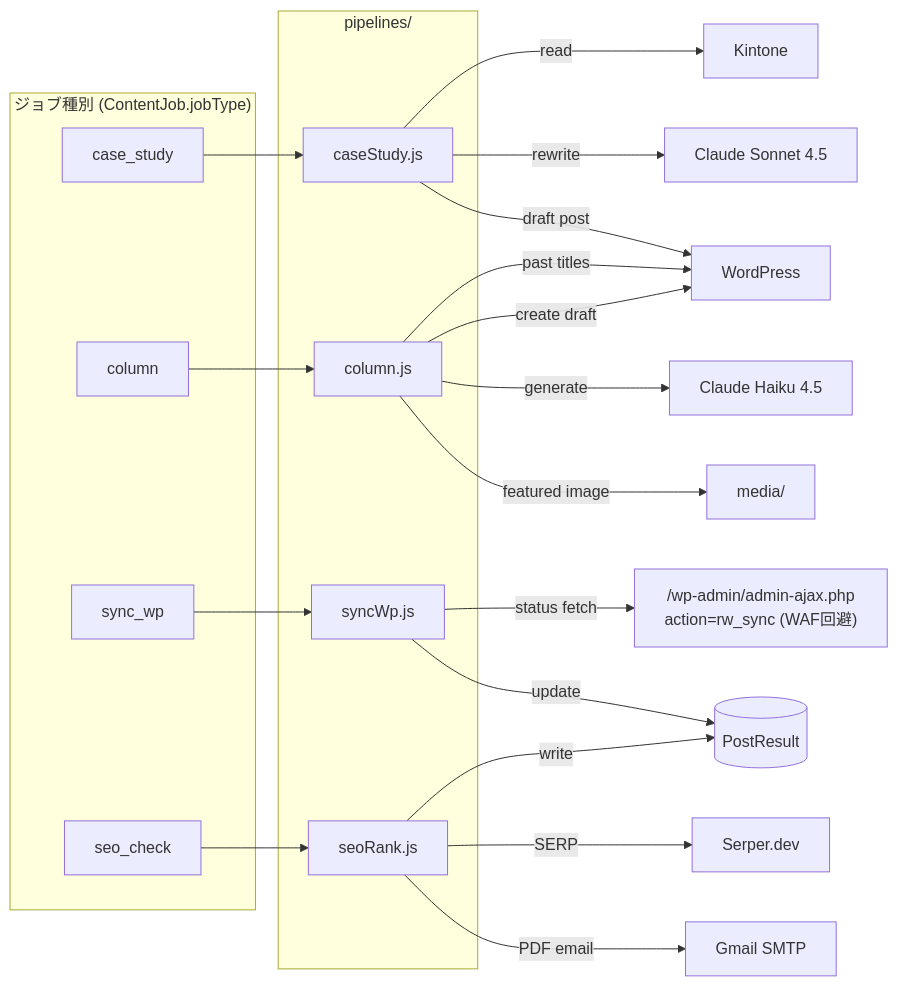
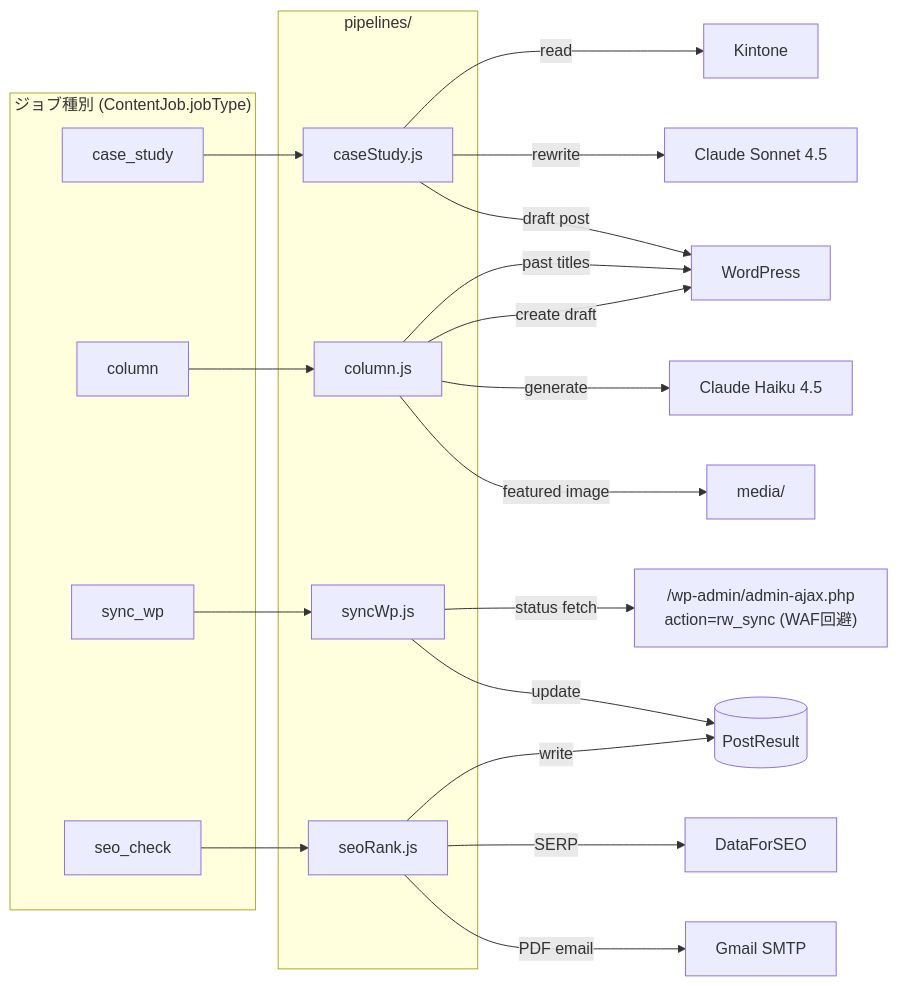
One commit to d-yamane-stack/kintone-wp-sync changed the fifth of 10 diagrams in ARCHITECTURE.md. Above: the diagram before and after it, drawn with Mermaid. The commit also changed other lines of this file and 7 other files, not shown here.

````diff
--- a/ARCHITECTURE.md
+++ b/ARCHITECTURE.md
@@ -216,37 +216,37 @@
 ```mermaid
 flowchart LR
   subgraph Jobs["ジョブ種別 (ContentJob.jobType)"]
     JT1["case_study"]
     JT2["column"]
     JT3["sync_wp"]
     JT4["seo_check"]
   end
 
   subgraph Pipelines["pipelines/"]
     P1["caseStudy.js"]
     P2["column.js"]
     P3["syncWp.js"]
     P4["seoRank.js"]
   end
 
   JT1 --> P1
   JT2 --> P2
   JT3 --> P3
   JT4 --> P4
 
   P1 -->|read| K[Kintone]
   P1 -->|rewrite| AI1[Claude Sonnet 4.5]
   P1 -->|draft post| WP[WordPress]
 
   P2 -->|past titles| WP
   P2 -->|generate| AI2[Claude Haiku 4.5]
   P2 -->|featured image| MEDIA[media/]
   P2 -->|create draft| WP
 
   P3 -->|status fetch| WPAJAX["/wp-admin/admin-ajax.php<br/>action=rw_sync (WAF回避)"]
   P3 -->|update| DB[(PostResult)]
 
-  P4 -->|SERP| SR[Serper.dev]
+  P4 -->|SERP| SR[DataForSEO]
   P4 -->|write| DB
   P4 -->|PDF email| MAIL[Gmail SMTP]
 ```
````
